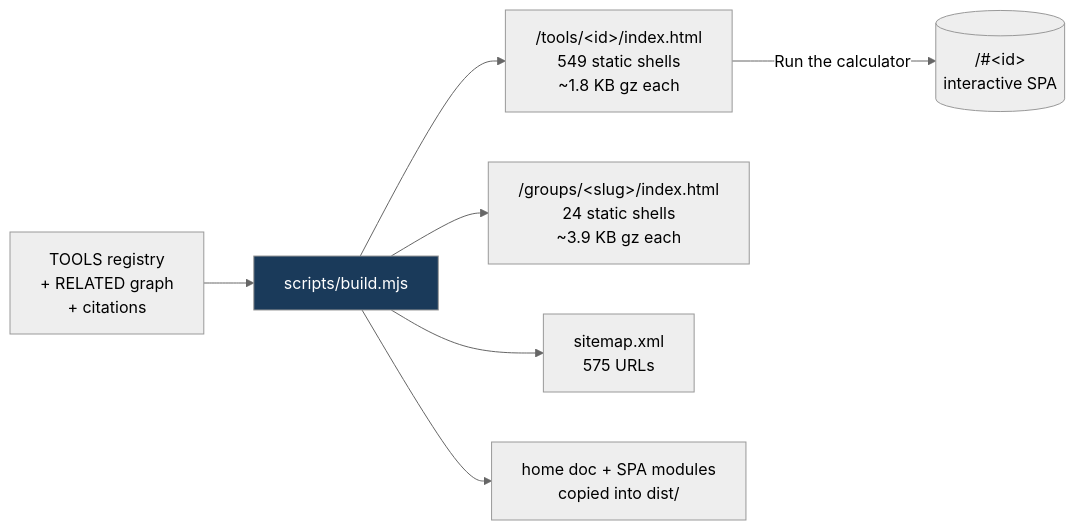
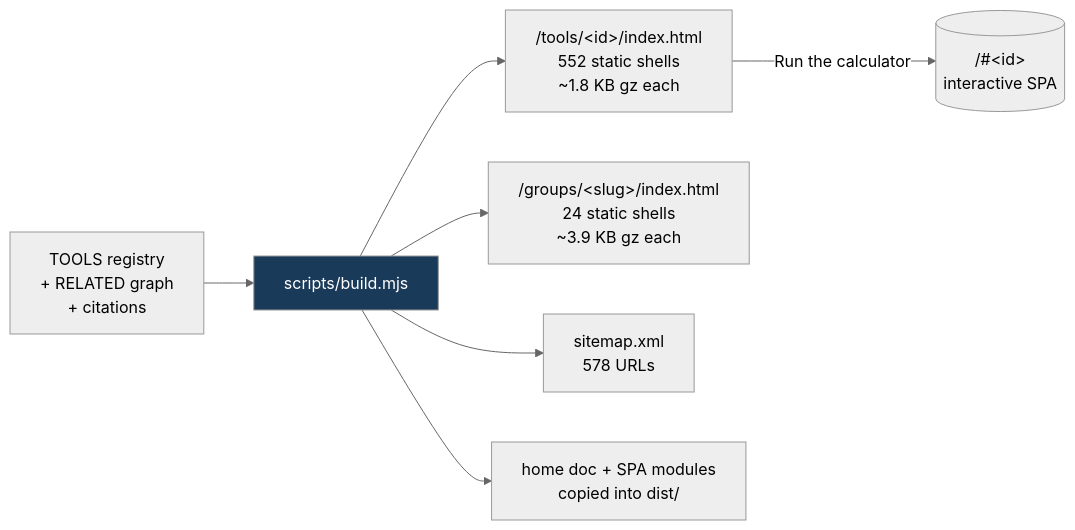
The third of 6 diagrams in README.md (clay-good/roughlogic.com), drawn with Mermaid (neutral theme) before and after one commit. The commit also changed other lines of this file and 20 other files, not shown here.

````diff
--- a/README.md
+++ b/README.md
@@ -236,10 +236,10 @@
 ```mermaid
 flowchart LR
     SRC[TOOLS registry\n+ RELATED graph\n+ citations] --> BUILD[scripts/build.mjs]
-    BUILD --> TILE["/tools/&lt;id&gt;/index.html\n549 static shells\n~1.8 KB gz each"]
+    BUILD --> TILE["/tools/&lt;id&gt;/index.html\n552 static shells\n~1.8 KB gz each"]
     BUILD --> GROUP["/groups/&lt;slug&gt;/index.html\n24 static shells\n~3.9 KB gz each"]
-    BUILD --> MAP["sitemap.xml\n575 URLs"]
+    BUILD --> MAP["sitemap.xml\n578 URLs"]
     BUILD --> COPY[home doc + SPA modules\ncopied into dist/]
     TILE -->|Run the calculator| SPA[("/#&lt;id&gt;\ninteractive SPA")]
     style BUILD fill:#1a3a5a,color:#fff
 ```
````
